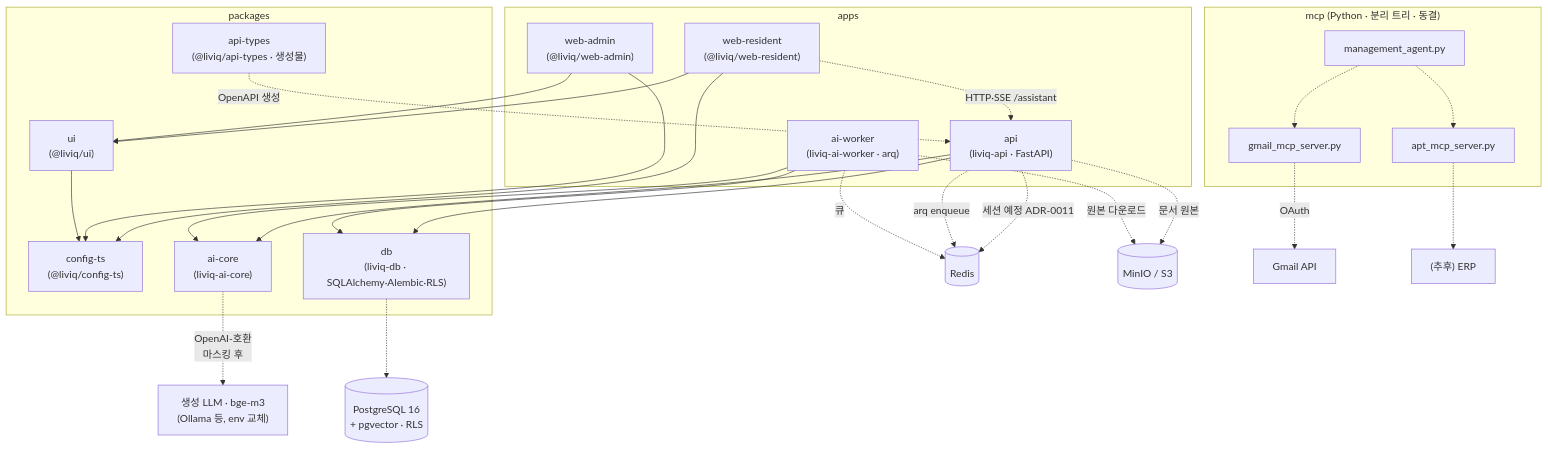
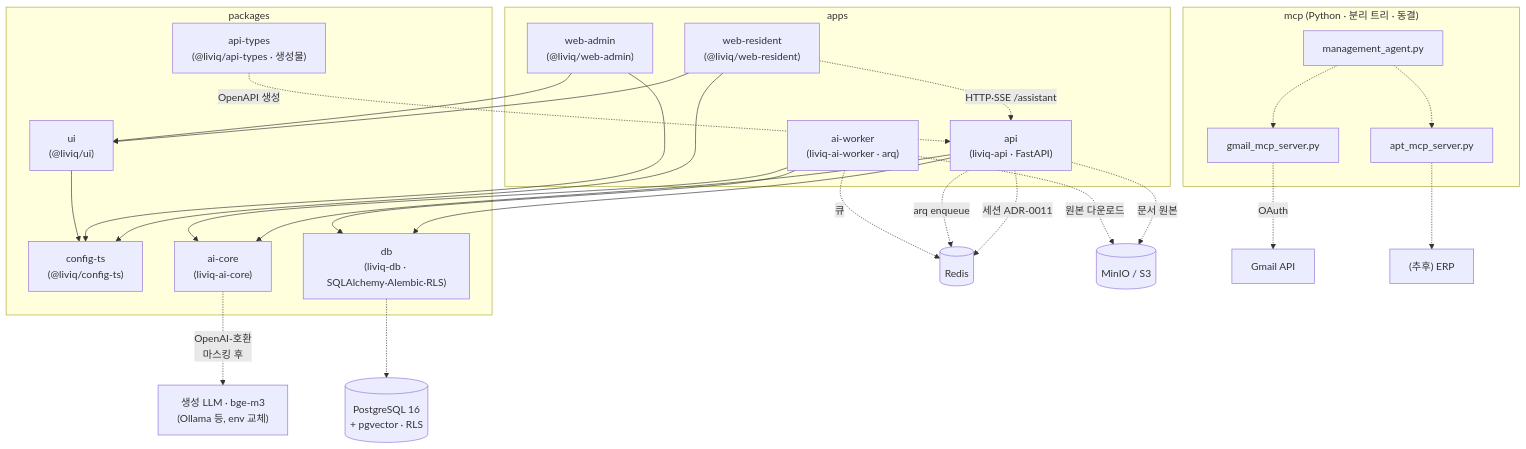
One commit to romis9724/LIVIQ changed the diagram in ARCHITECTURE.md. Above: the diagram before and after it, drawn with Mermaid. The commit also changed other lines of this file and 2 other files, not shown here.

Commit message:
docs: H2-1 완료 현행화 — CLAUDE.md·ARCHITECTURE.md·§8.2 상태

````diff
--- a/ARCHITECTURE.md
+++ b/ARCHITECTURE.md
@@ -13,45 +13,45 @@
 ```mermaid
 graph TD
   subgraph apps
     R["web-resident<br/>(@liviq/web-resident)"]
     A["web-admin<br/>(@liviq/web-admin)"]
     API["api<br/>(liviq-api · FastAPI)"]
     W["ai-worker<br/>(liviq-ai-worker · arq)"]
   end
   subgraph packages
     UI["ui<br/>(@liviq/ui)"]
     CFG["config-ts<br/>(@liviq/config-ts)"]
     APIT["api-types<br/>(@liviq/api-types · 생성물)"]
     AIC["ai-core<br/>(liviq-ai-core)"]
     DB["db<br/>(liviq-db · SQLAlchemy·Alembic·RLS)"]
   end
   subgraph python["mcp (Python · 분리 트리 · 동결)"]
     MA["management_agent.py"]
     GM["gmail_mcp_server.py"]
     APT["apt_mcp_server.py"]
   end
 
   R --> UI
   A --> UI
   R --> CFG
   A --> CFG
   UI --> CFG
   R -.->|HTTP·SSE /assistant| API
   APIT -.->|OpenAPI 생성| API
   API --> AIC
   API --> DB
   W --> AIC
   W --> DB
   DB -.-> PG[("PostgreSQL 16<br/>+ pgvector · RLS")]
-  API -.->|세션 예정 ADR-0011| REDIS[("Redis")]
+  API -.->|세션 ADR-0011| REDIS[("Redis")]
   API -.->|arq enqueue| REDIS
   W -.->|큐| REDIS
   API -.->|문서 원본| S3[("MinIO / S3")]
   W -.->|원본 다운로드| S3
   AIC -.->|OpenAI-호환<br/>마스킹 후| LLM["생성 LLM · bge-m3<br/>(Ollama 등, env 교체)"]
 
   MA -.-> GM
   MA -.-> APT
   GM -.->|OAuth| EXT["Gmail API"]
   APT -.-> ERP["(추후) ERP"]
 ```
````
